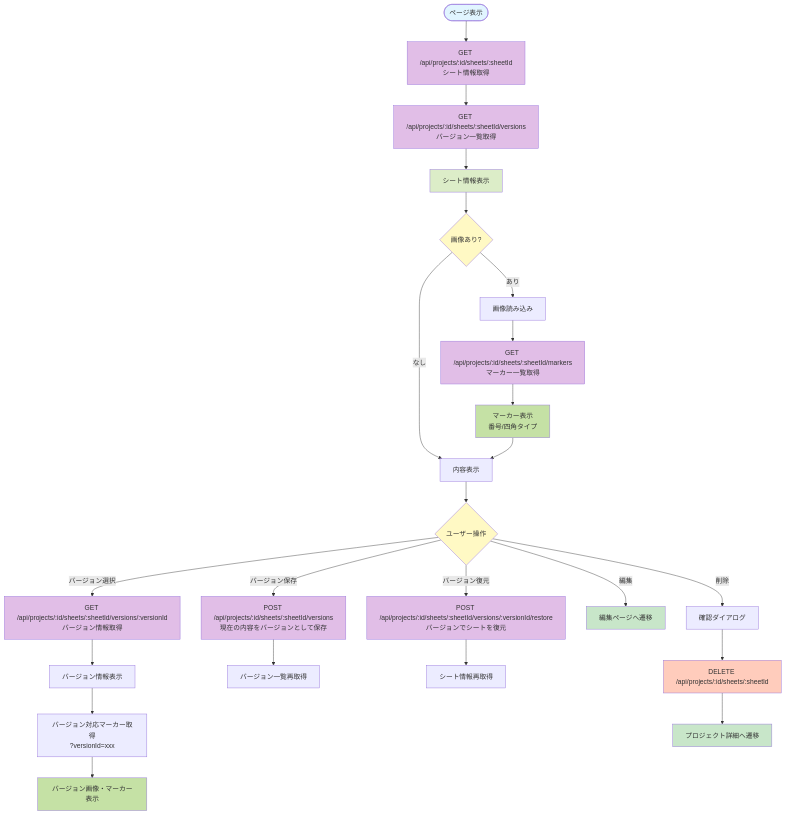
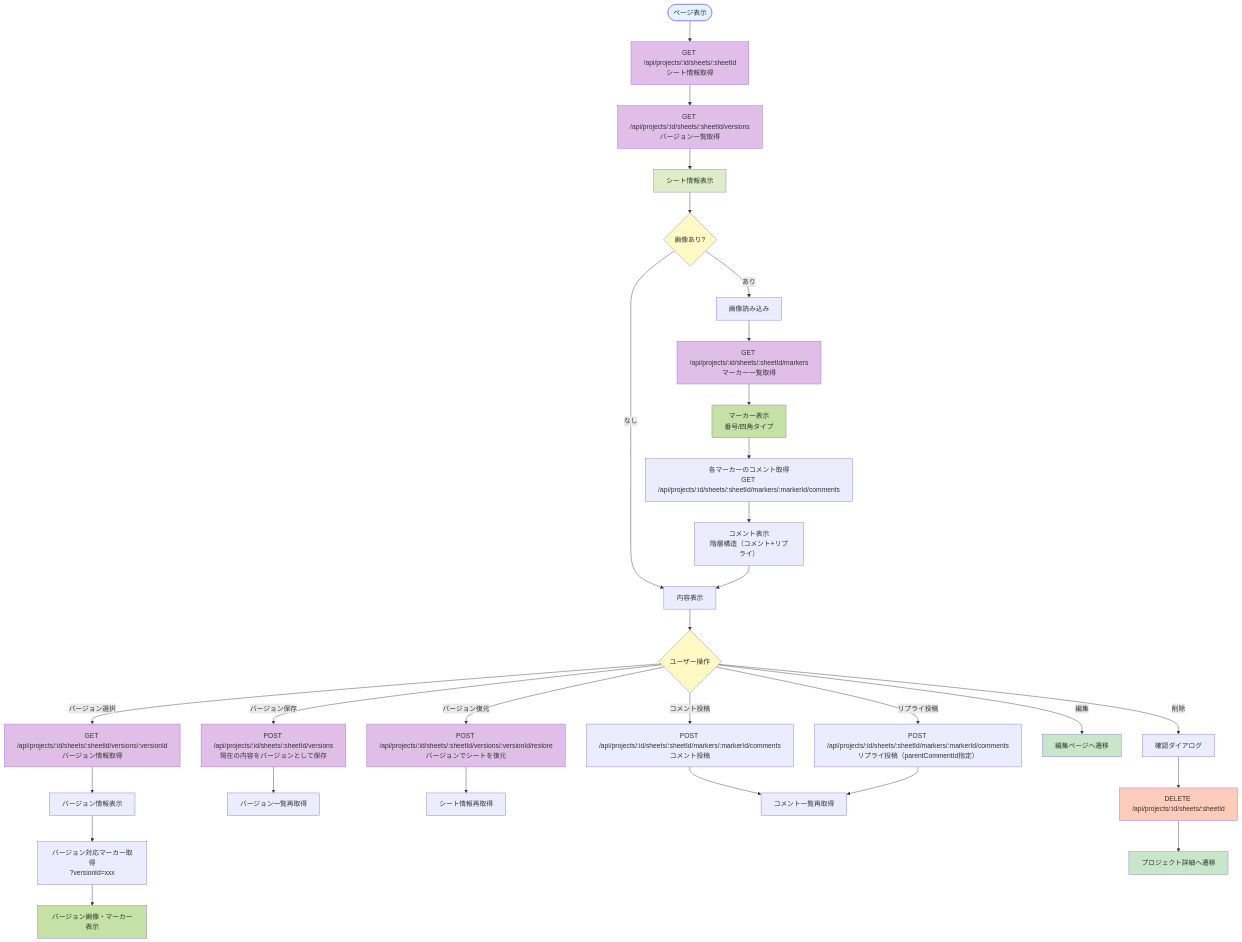
The second of 3 diagrams in specs/03-sheet-management.md (HIJIRI814/projectmanage), drawn with Mermaid before and after one commit. The commit also changed other lines of this file and 28 other files, not shown here.

First line of the commit message:
Implement comment functionality for sheet markers

````diff
--- a/specs/03-sheet-management.md
+++ b/specs/03-sheet-management.md
@@ -147,47 +148,55 @@
 ```mermaid
 flowchart TD
     Start([ページ表示]) --> GetSheet["GET /api/projects/:id/sheets/:sheetId<br/>シート情報取得"]
     GetSheet --> GetVersions["GET /api/projects/:id/sheets/:sheetId/versions<br/>バージョン一覧取得"]
     GetVersions --> Display["シート情報表示"]
     Display --> CheckImage{"画像あり?"}
     
     CheckImage -->|"あり"| LoadImage["画像読み込み"]
     LoadImage --> GetMarkers["GET /api/projects/:id/sheets/:sheetId/markers<br/>マーカー一覧取得"]
     GetMarkers --> DisplayMarkers["マーカー表示<br/>番号/四角タイプ"]
+    DisplayMarkers --> GetComments["各マーカーのコメント取得<br/>GET /api/projects/:id/sheets/:sheetId/markers/:markerId/comments"]
+    GetComments --> DisplayComments["コメント表示<br/>階層構造（コメント+リプライ）"]
     CheckImage -->|"なし"| DisplayContent["内容表示"]
-    DisplayMarkers --> DisplayContent
+    DisplayComments --> DisplayContent
     
     DisplayContent --> Action{"ユーザー操作"}
     
     Action -->|"バージョン選択"| GetVersion["GET /api/projects/:id/sheets/:sheetId/versions/:versionId<br/>バージョン情報取得"]
     GetVersion --> DisplayVersion["バージョン情報表示"]
     DisplayVersion --> GetVersionMarkers["バージョン対応マーカー取得<br/>?versionId=xxx"]
     GetVersionMarkers --> DisplayVersionData["バージョン画像・マーカー表示"]
     
     Action -->|"バージョン保存"| SaveVersion["POST /api/projects/:id/sheets/:sheetId/versions<br/>現在の内容をバージョンとして保存"]
     SaveVersion --> RefreshVersions["バージョン一覧再取得"]
     
     Action -->|"バージョン復元"| RestoreVersion["POST /api/projects/:id/sheets/:sheetId/versions/:versionId/restore<br/>バージョンでシートを復元"]
     RestoreVersion --> RefreshSheet["シート情報再取得"]
+    
+    Action -->|"コメント投稿"| PostComment["POST /api/projects/:id/sheets/:sheetId/markers/:markerId/comments<br/>コメント投稿"]
+    PostComment --> RefreshComments["コメント一覧再取得"]
+    
+    Action -->|"リプライ投稿"| PostReply["POST /api/projects/:id/sheets/:sheetId/markers/:markerId/comments<br/>リプライ投稿（parentCommentId指定）"]
+    PostReply --> RefreshComments
     
     Action -->|"編集"| Edit["編集ページへ遷移"]
     Action -->|"削除"| Confirm["確認ダイアログ"]
     Confirm --> Delete["DELETE /api/projects/:id/sheets/:sheetId"]
     Delete --> Redirect["プロジェクト詳細へ遷移"]
     
     style Start fill:#e1f5ff
     style Edit fill:#c8e6c9
     style Redirect fill:#c8e6c9
     style Action fill:#fff9c4
     style CheckImage fill:#fff9c4
     style GetSheet fill:#e1bee7
     style GetVersions fill:#e1bee7
     style GetMarkers fill:#e1bee7
     style GetVersion fill:#e1bee7
     style SaveVersion fill:#e1bee7
     style RestoreVersion fill:#e1bee7
     style Delete fill:#ffccbc
     style Display fill:#dcedc8
     style DisplayMarkers fill:#c5e1a5
     style DisplayVersionData fill:#c5e1a5
 ```
````
